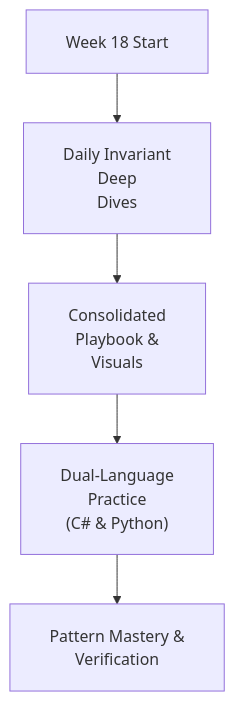
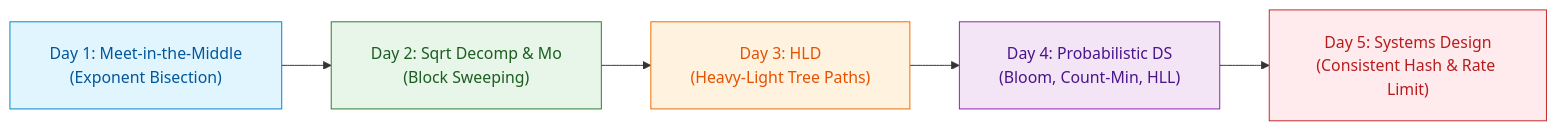
One commit to dip4k/DSA_102 changed the diagram in week_18_probabilistic_ds_systems/README.md. Above: the diagram before and after it, drawn with Mermaid. The commit also changed other lines of this file and 147 other files, not shown here.

First line of the commit message:
feat(curriculum): enrich Weeks 01-19 instructional modules & resolve repository-wide Mermaid cutoff

````diff
--- a/week_18_probabilistic_ds_systems/README.md
+++ b/week_18_probabilistic_ds_systems/README.md
@@ -16,8 +20,14 @@
 ```mermaid
 %%{init: {"flowchart": {"htmlLabels": true, "padding": 20}, "themeCSS": "foreignObject { overflow: visible !important; }"}}%%
-flowchart TD
-    Start["Week 18 Start"] --> Daily["Daily Invariant<br/>Deep<br/>Dives"]
-    Daily --> Playbook["Consolidated<br/>Playbook &<br/>Visuals"]
-    Playbook --> DualLang["Dual-Language<br/>Practice<br/>(C# & Python)"]
-    DualLang --> Mastery["Pattern Mastery &<br/>Verification"]
+flowchart LR
+    D1["Day 1: Meet-in-the-Middle<br/>(Exponent Bisection)"] --> D2["Day 2: Sqrt Decomp & Mo<br/>(Block Sweeping)"]
+    D2 --> D3["Day 3: HLD<br/>(Heavy-Light Tree Paths)"]
+    D3 --> D4["Day 4: Probabilistic DS<br/>(Bloom, Count-Min, HLL)"]
+    D4 --> D5["Day 5: Systems Design<br/>(Consistent Hash & Rate Limit)"]
+
+    style D1 fill:#e1f5fe,stroke:#0288d1,color:#01579b
+    style D2 fill:#e8f5e9,stroke:#2e7d32,color:#1b5e20
+    style D3 fill:#fff3e0,stroke:#ef6c00,color:#e65100
+    style D4 fill:#f3e5f5,stroke:#8e24aa,color:#4a148c
+    style D5 fill:#ffebee,stroke:#c62828,color:#b71c1c
 ```
````
